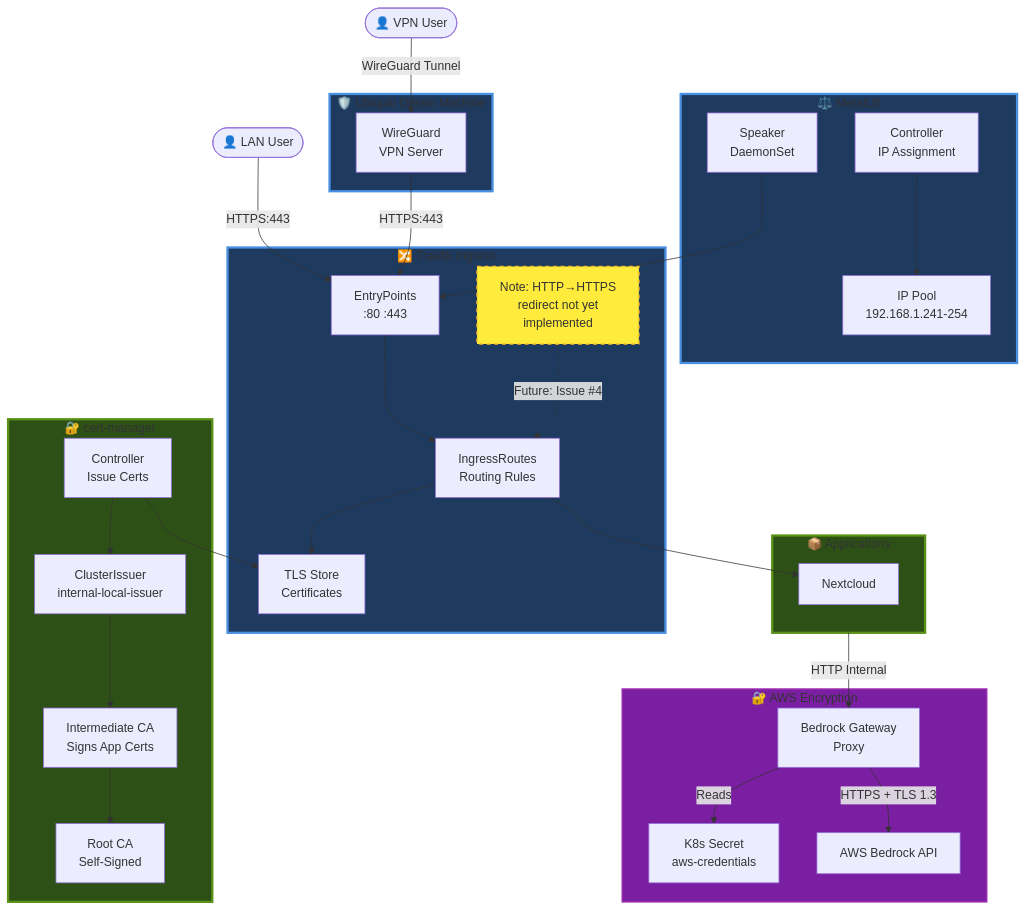
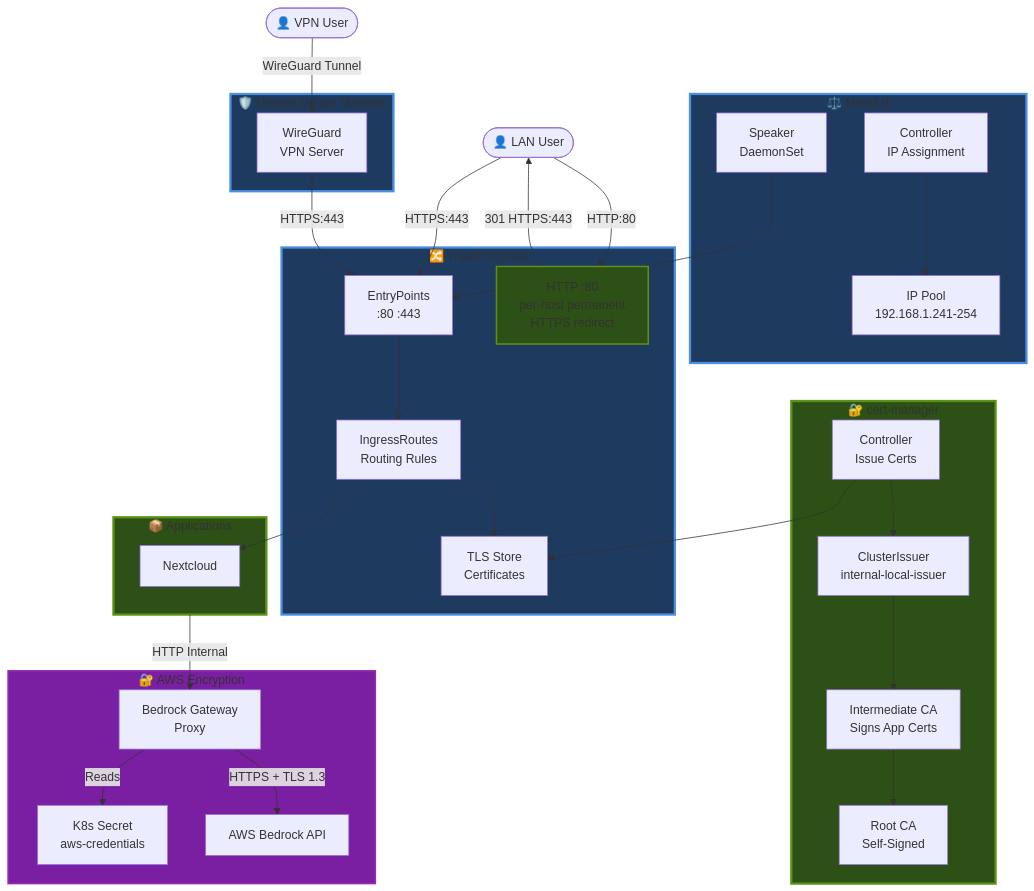
The diagram in docs/wiki/07-Networking-and-Ingress.md (seadogger-tech/seadogger-homelab), drawn with Mermaid before and after one commit. The commit also changed other lines of this file, not shown here.

Commit message:
docs(core): Document HTTP to HTTPS redirect for issue #4

````diff
--- a/docs/wiki/07-Networking-and-Ingress.md
+++ b/docs/wiki/07-Networking-and-Ingress.md
@@ -60,69 +60,69 @@
 ```mermaid
 graph TB
     LAN([👤 LAN User])
     VPN([👤 VPN User])
 
     subgraph UDM["🛡️ Ubiquiti Dream Machine"]
         WG[WireGuard<br/>VPN Server]
     end
 
     subgraph MetalLB["⚖️ MetalLB"]
         Speaker[Speaker<br/>DaemonSet]
         Controller[Controller<br/>IP Assignment]
         IPPool[IP Pool<br/>192.168.1.241-254]
     end
 
     subgraph Traefik["🔀 Traefik Ingress"]
         EntryPoint[EntryPoints<br/>:80 :443]
         Router[IngressRoutes<br/>Routing Rules]
         TLSStore[TLS Store<br/>Certificates]
-        Note1[Note: HTTP→HTTPS<br/>redirect not yet<br/>implemented]
+        Redirect[HTTP :80<br/>per-host permanent<br/>HTTPS redirect]
     end
 
     subgraph CertManager["🔐 cert-manager"]
         CMController[Controller<br/>Issue Certs]
         Issuer[ClusterIssuer<br/>internal-local-issuer]
         RootCA[Root CA<br/>Self-Signed]
         IntermediateCA[Intermediate CA<br/>Signs App Certs]
     end
 
     subgraph Apps["📦 Applications"]
         Nextcloud[Nextcloud]
     end
 
     subgraph Encryption["🔐 AWS Encryption"]
         Secret[K8s Secret<br/>aws-credentials]
         BG[Bedrock Gateway<br/>Proxy]
         AWS[AWS Bedrock API]
     end
 
     LAN -->|HTTPS:443| EntryPoint
+    LAN -->|HTTP:80| Redirect
+    Redirect -->|301 HTTPS:443| LAN
     VPN -->|WireGuard Tunnel| WG
     WG -->|HTTPS:443| EntryPoint
 
     Controller --> IPPool
     Speaker --> EntryPoint
 
     EntryPoint --> Router
     Router --> TLSStore
     Router --> Nextcloud
-
-    Note1 -.->|Future: Issue #4| Router
 
     CMController --> Issuer
     Issuer --> IntermediateCA
     IntermediateCA --> RootCA
     CMController --> TLSStore
 
     Apps -->|HTTP Internal| BG
     BG -->|Reads| Secret
     BG -->|HTTPS + TLS 1.3| AWS
 
     style UDM fill:#1e3a5f,stroke:#4a90e2,stroke-width:3px
     style MetalLB fill:#1e3a5f,stroke:#4a90e2,stroke-width:3px
     style Traefik fill:#1e3a5f,stroke:#4a90e2,stroke-width:3px
     style CertManager fill:#2d5016,stroke:#5a9216,stroke-width:3px
     style Apps fill:#2d5016,stroke:#5a9216,stroke-width:3px
     style Encryption fill:#7b1fa2,stroke:#9c27b0,stroke-width:2px
-    style Note1 fill:#ffeb3b,stroke:#fbc02d,stroke-width:2px,stroke-dasharray: 5 5
+    style Redirect fill:#2d5016,stroke:#5a9216,stroke-width:2px
 ```
````
